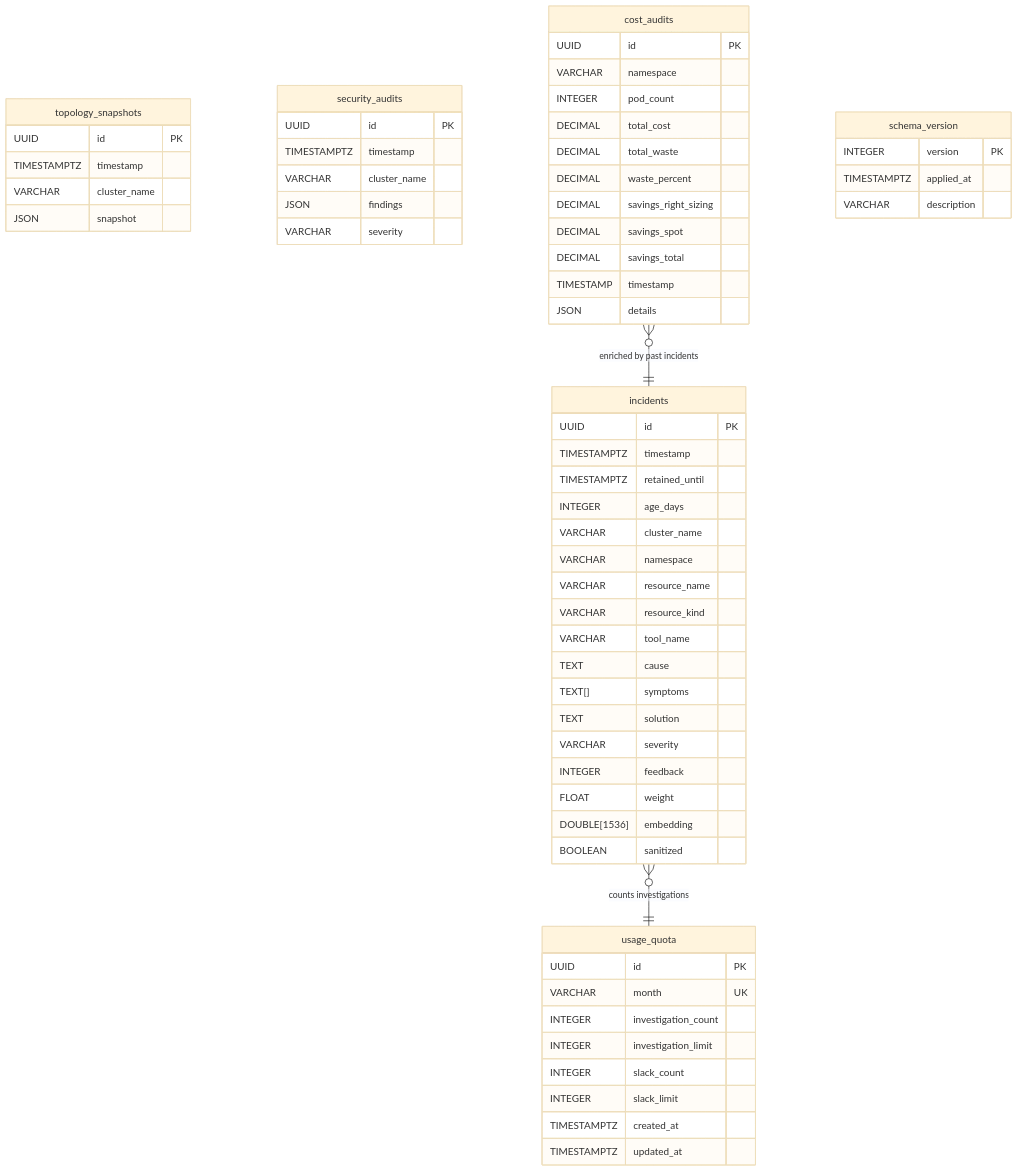
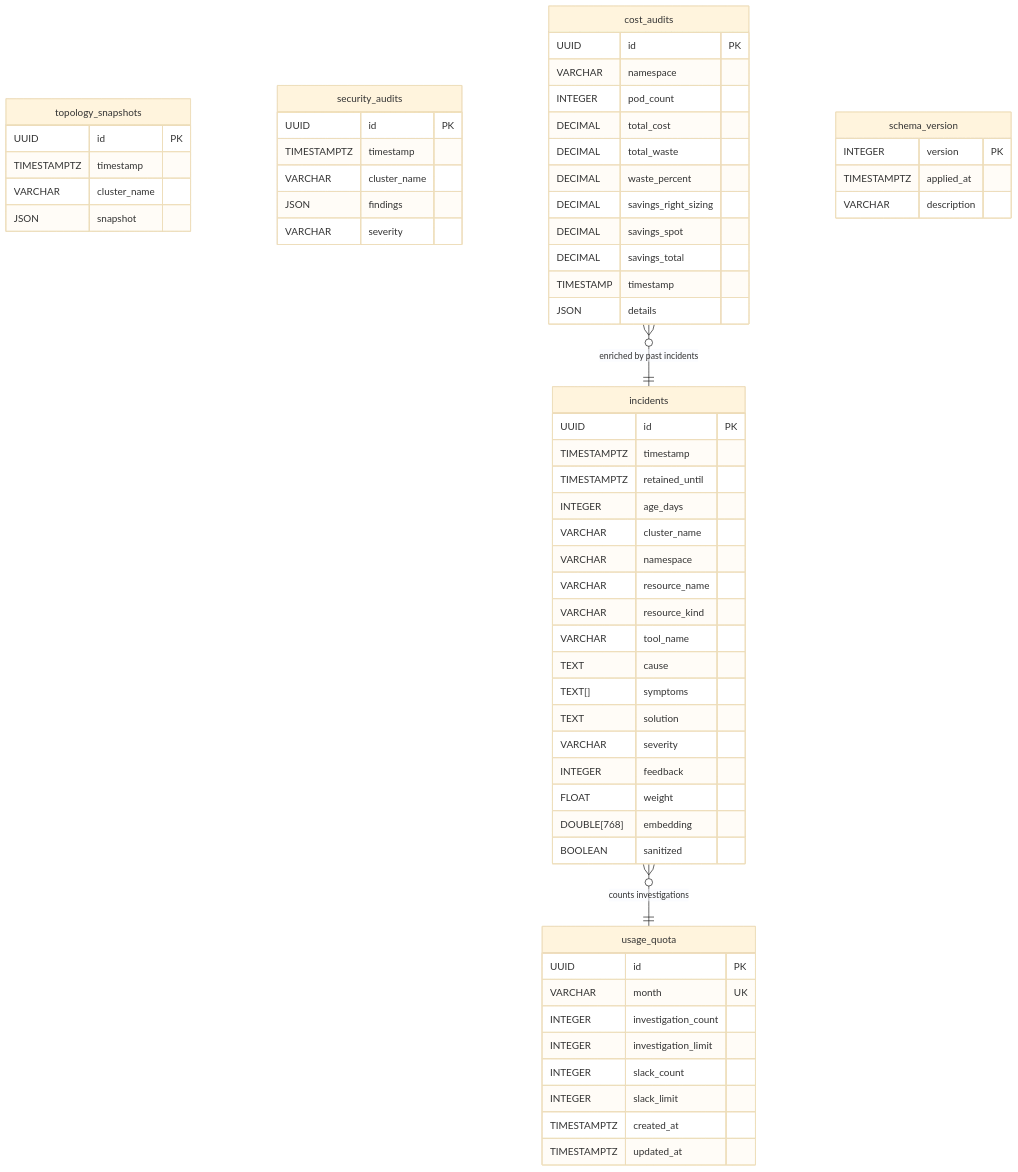
One commit to hexa-tools/hexawyn changed the diagram in docs/architecture/diagrams/data/duckdb-schema.md. Above: the diagram before and after it, drawn with Mermaid (base theme). The commit also changed other lines of this file and 32 other files, not shown here.

````diff
--- a/docs/architecture/diagrams/data/duckdb-schema.md
+++ b/docs/architecture/diagrams/data/duckdb-schema.md
@@ -5,71 +5,71 @@
 ```mermaid
 erDiagram
     incidents {
         UUID id PK
         TIMESTAMPTZ timestamp
         TIMESTAMPTZ retained_until
         INTEGER age_days
         VARCHAR cluster_name
         VARCHAR namespace
         VARCHAR resource_name
         VARCHAR resource_kind
         VARCHAR tool_name
         TEXT cause
         TEXT[] symptoms
         TEXT solution
         VARCHAR severity
         INTEGER feedback
         FLOAT weight
-        DOUBLE[1536] embedding
+        DOUBLE[768] embedding
         BOOLEAN sanitized
     }
 
     topology_snapshots {
         UUID id PK
         TIMESTAMPTZ timestamp
         VARCHAR cluster_name
         JSON snapshot
     }
 
     security_audits {
         UUID id PK
         TIMESTAMPTZ timestamp
         VARCHAR cluster_name
         JSON findings
         VARCHAR severity
     }
 
     usage_quota {
         UUID id PK
         VARCHAR month UK
         INTEGER investigation_count
         INTEGER investigation_limit
         INTEGER slack_count
         INTEGER slack_limit
         TIMESTAMPTZ created_at
         TIMESTAMPTZ updated_at
     }
 
     cost_audits {
         UUID id PK
         VARCHAR namespace
         INTEGER pod_count
         DECIMAL total_cost
         DECIMAL total_waste
         DECIMAL waste_percent
         DECIMAL savings_right_sizing
         DECIMAL savings_spot
         DECIMAL savings_total
         TIMESTAMP timestamp
         JSON details
     }
 
     schema_version {
         INTEGER version PK
         TIMESTAMPTZ applied_at
         VARCHAR description
     }
 
     incidents }o--|| usage_quota : "counts investigations"
     cost_audits }o--|| incidents : "enriched by past incidents"
 ```
````
